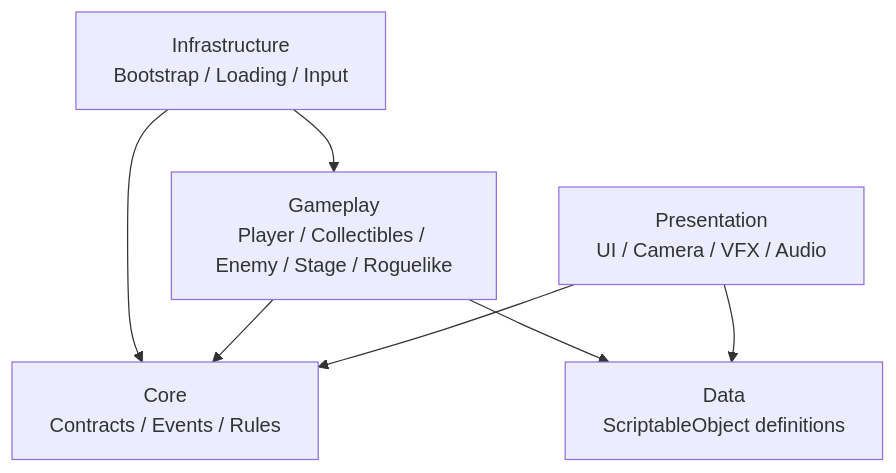
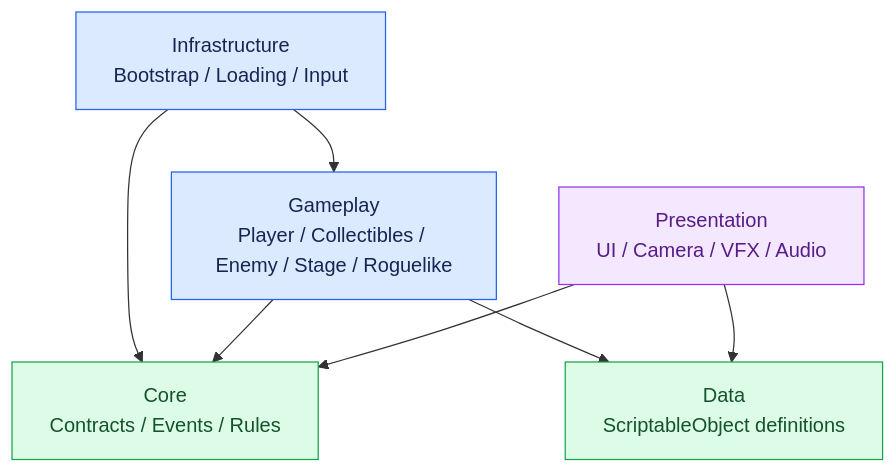
Before and after one commit to aptmara/CreatorKousien: the fourth of 7 diagrams in README.md, drawn with Mermaid. The commit also changed other lines of this file, not shown here.

````diff
--- a/README.md
+++ b/README.md
@@ -120,15 +196,22 @@
 ```mermaid
 flowchart TB
     Presentation["Presentation\nUI / Camera / VFX / Audio"]
     Gameplay["Gameplay\nPlayer / Collectibles / Enemy / Stage / Roguelike"]
     Infrastructure["Infrastructure\nBootstrap / Loading / Input"]
     Core["Core\nContracts / Events / Rules"]
     Data["Data\nScriptableObject definitions"]
 
     Presentation --> Core
     Presentation --> Data
     Gameplay --> Core
     Gameplay --> Data
     Infrastructure --> Core
     Infrastructure --> Gameplay
+
+    classDef view fill:#f3e8ff,stroke:#9333ea,color:#581c87
+    classDef logic fill:#dbeafe,stroke:#2563eb,color:#172554
+    classDef base fill:#dcfce7,stroke:#16a34a,color:#14532d
+    class Presentation view
+    class Gameplay,Infrastructure logic
+    class Core,Data base
 ```
````
